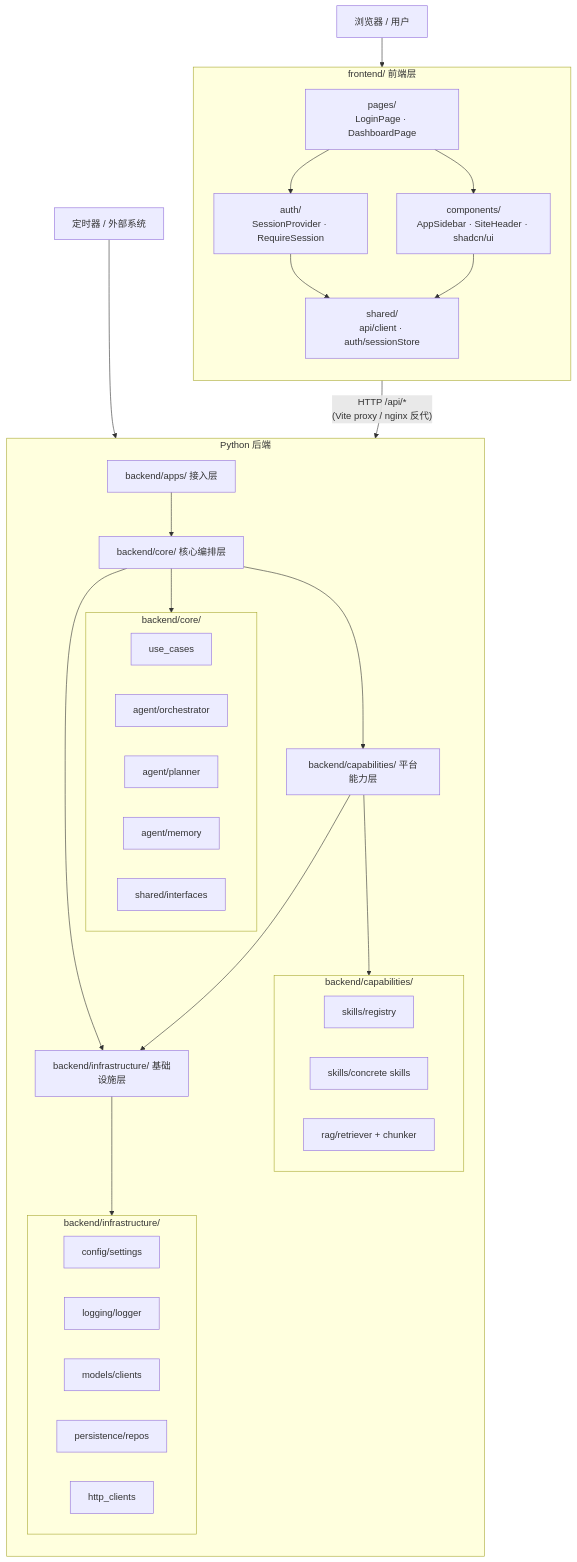
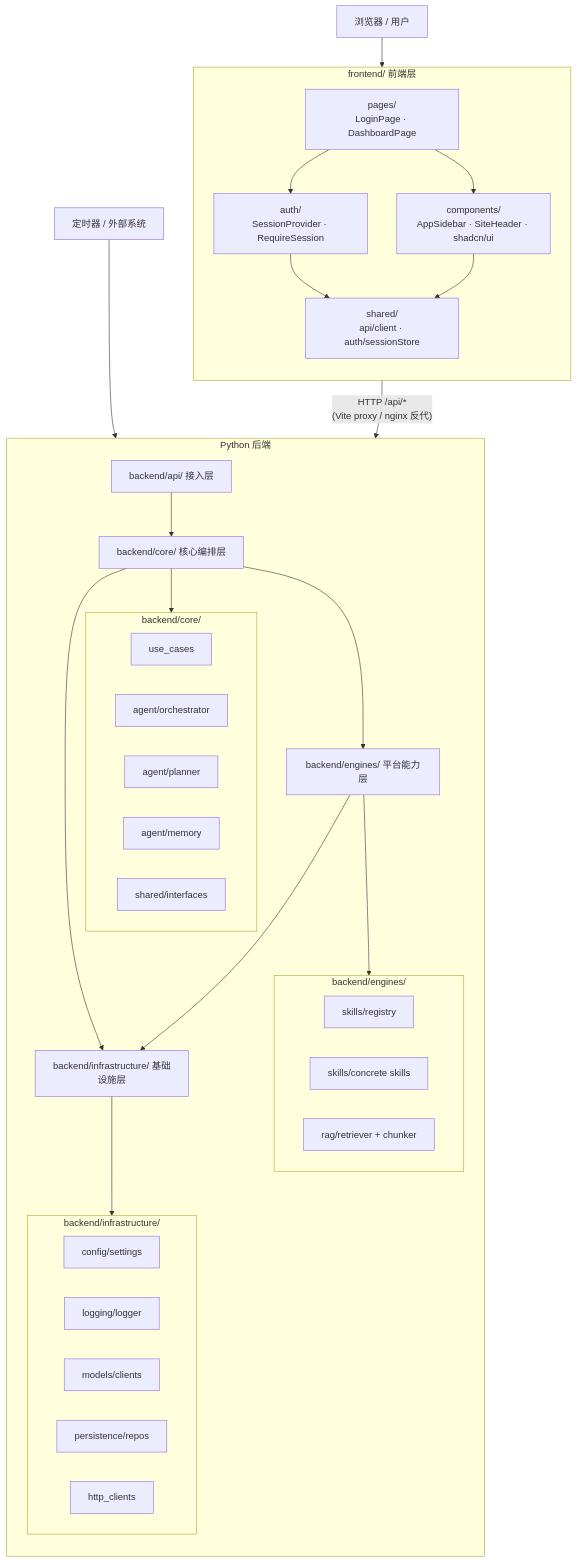
One commit to zata-zhangtao/zata-codes-template changed the diagram in docs/architecture/system-design.md. Above: the diagram before and after it, drawn with Mermaid. The commit also changed other lines of this file and 22 other files, not shown here.

First line of the commit message:
refactor: rename `backend/apps/` to `backend/api/` and `backend/capabilities/` to `backend/engines/`

````diff
--- a/docs/architecture/system-design.md
+++ b/docs/architecture/system-design.md
@@ -52,59 +52,59 @@
 ```mermaid
 flowchart TD
     Browser["浏览器 / 用户"] --> FE
 
     subgraph FE["frontend/ 前端层"]
         direction TB
         FE_PAGES["pages/\nLoginPage · DashboardPage"]
         FE_LAYOUT["components/\nAppSidebar · SiteHeader · shadcn/ui"]
         FE_AUTH["auth/\nSessionProvider · RequireSession"]
         FE_SHARED["shared/\napi/client · auth/sessionStore"]
         FE_PAGES --> FE_LAYOUT
         FE_PAGES --> FE_AUTH
         FE_AUTH --> FE_SHARED
         FE_LAYOUT --> FE_SHARED
     end
 
     FE_SHARED -->|"HTTP /api/*\n(Vite proxy / nginx 反代)"| Apps
 
     subgraph Backend["Python 后端"]
         direction TB
-        Apps["backend/apps/ 接入层"]
+        Apps["backend/api/ 接入层"]
         Core["backend/core/ 核心编排层"]
-        Platform["backend/capabilities/ 平台能力层"]
+        Platform["backend/engines/ 平台能力层"]
         Infra["backend/infrastructure/ 基础设施层"]
 
         Apps --> Core
         Core --> Platform
         Core --> Infra
         Platform --> Infra
 
         subgraph CoreDetails["backend/core/"]
             UC["use_cases"]
             ORCH["agent/orchestrator"]
             PLAN["agent/planner"]
             MEM["agent/memory"]
             IFACE["shared/interfaces"]
         end
 
-        subgraph PlatformDetails["backend/capabilities/"]
+        subgraph PlatformDetails["backend/engines/"]
             REG["skills/registry"]
             SKILL["skills/concrete skills"]
             RAG["rag/retriever + chunker"]
         end
 
         subgraph InfraDetails["backend/infrastructure/"]
             CFG["config/settings"]
             LOG["logging/logger"]
             LLM["models/clients"]
             DB["persistence/repos"]
             HTTP["http_clients"]
         end
 
         Core --> CoreDetails
         Platform --> PlatformDetails
         Infra --> InfraDetails
     end
 
     Timer["定时器 / 外部系统"] --> Apps
 ```
````
